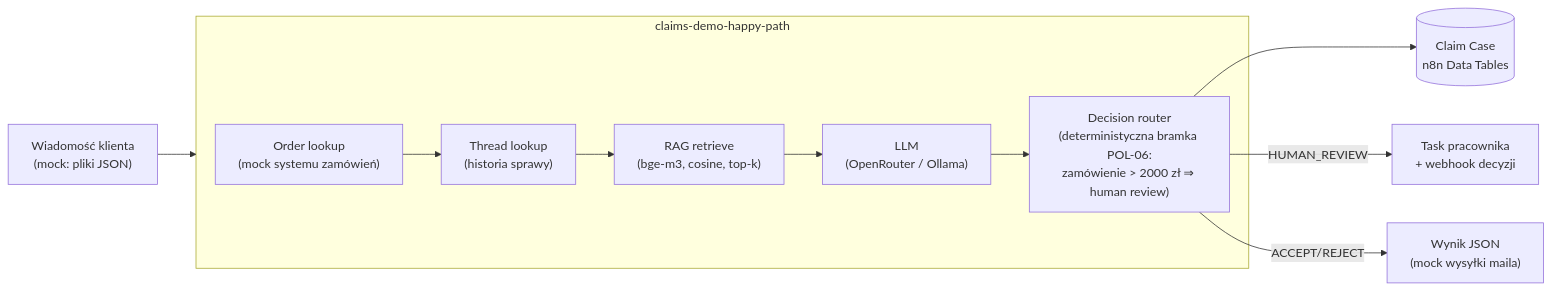
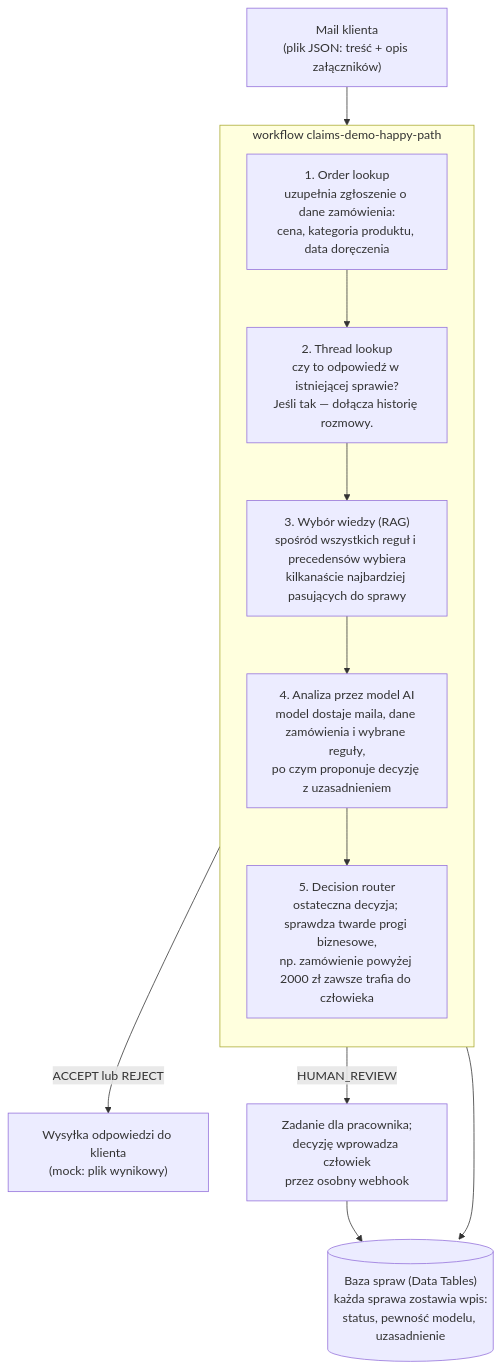
One commit to PiotrB99/n8n-claims-automation changed the second of 2 diagrams in README.md. Above: the diagram before and after it, drawn with Mermaid. The commit also changed other lines of this file and 108 other files, not shown here.

````diff
--- a/README.md
+++ b/README.md
@@ -69,15 +179,24 @@
 ```mermaid
-flowchart LR
-    IN["Wiadomość klienta<br/>(mock: pliki JSON)"] --> HP
+flowchart TD
+    MAIL["Mail klienta<br/>(plik JSON: treść + opis załączników)"]
 
-    subgraph HP["claims-demo-happy-path"]
-        OL["Order lookup<br/>(mock systemu zamówień)"] --> TL["Thread lookup<br/>(historia sprawy)"]
-        TL --> RAG["RAG retrieve<br/>(bge-m3, cosine, top-k)"]
-        RAG --> LLM["LLM<br/>(OpenRouter / Ollama)"]
-        LLM --> DR["Decision router<br/>(deterministyczna bramka POL-06:<br/>zamówienie > 2000 zł ⇒ human review)"]
+    subgraph WF["workflow claims-demo-happy-path"]
+        direction TB
+        OL["1. Order lookup<br/>uzupełnia zgłoszenie o dane zamówienia:<br/>cena, kategoria produktu, data doręczenia"]
+        OL --> TL
+        TL["2. Thread lookup<br/>czy to odpowiedź w istniejącej sprawie?<br/>Jeśli tak — dołącza historię rozmowy."]
+        TL --> RAG
+        RAG["3. Wybór wiedzy (RAG)<br/>spośród wszystkich reguł i precedensów wybiera<br/>kilkanaście najbardziej pasujących do sprawy"]
+        RAG --> AI
+        AI["4. Analiza przez model AI<br/>model dostaje maila, dane zamówienia i wybrane reguły,<br/>po czym proponuje decyzję z uzasadnieniem"]
+        AI --> DR
+        DR["5. Decision router<br/>ostateczna decyzja; sprawdza twarde progi biznesowe,<br/>np. zamówienie powyżej 2000 zł zawsze trafia do człowieka"]
     end
 
-    DR --> CC[("Claim Case<br/>n8n Data Tables")]
-    DR -- HUMAN_REVIEW --> HR["Task pracownika<br/>+ webhook decyzji"]
-    DR -- ACCEPT/REJECT --> OUT["Wynik JSON<br/>(mock wysyłki maila)"]
+    MAIL --> OL
+
+    DR -->|"ACCEPT lub REJECT"| REPLY["Wysyłka odpowiedzi do klienta<br/>(mock: plik wynikowy)"]
+    DR -->|"HUMAN_REVIEW"| HUMAN["Zadanie dla pracownika;<br/>decyzję wprowadza człowiek<br/>przez osobny webhook"]
+    HUMAN --> DB
+    DR --> DB[("Baza spraw (Data Tables)<br/>każda sprawa zostawia wpis:<br/>status, pewność modelu, uzasadnienie")]
 ```
````
